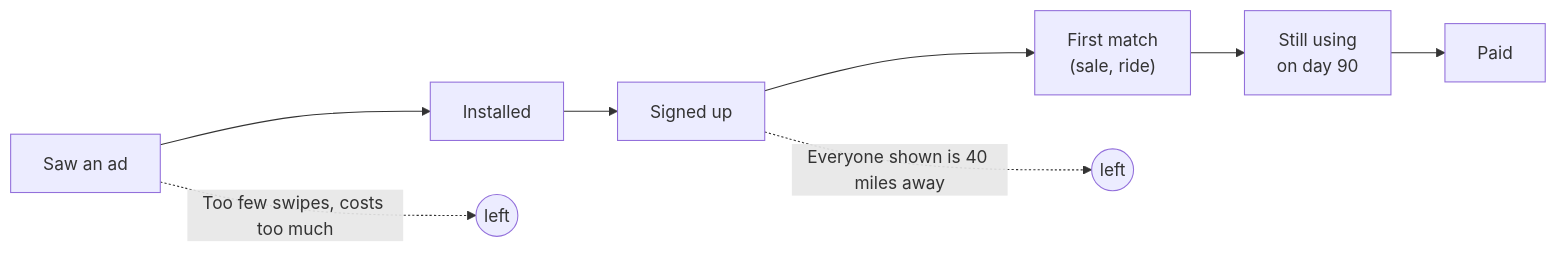
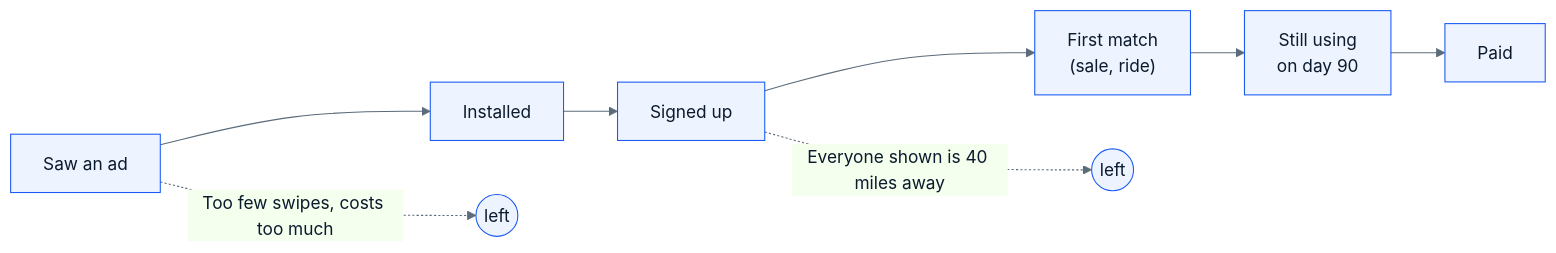
The second of 2 diagrams in README.md (tokyosini573/META-Global-AI-Developer-Hackathon), drawn with Mermaid before and after one commit. The commit also changed other lines of this file, not shown here.

Commit message:
README: shorter, on-brand diagrams

````diff
--- a/README.md
+++ b/README.md
@@ -69,6 +67,7 @@
 ```mermaid
+%%{init: {'theme': 'base', 'themeVariables': {'primaryColor': '#EEF4FF', 'primaryBorderColor': '#1B5BF5', 'primaryTextColor': '#0B1A2C', 'lineColor': '#5B6B7A'}}}%%
 flowchart LR
     s1[Saw an ad] --> s2[Installed] --> s3[Signed up] --> s4["First match<br/>(sale, ride)"] --> s5[Still using<br/>on day 90] --> s6[Paid]
     s1 -.->|"Too few swipes, costs too much"| x1((left))
     s3 -.->|"Everyone shown is 40 miles away"| x3((left))
 ```
````
